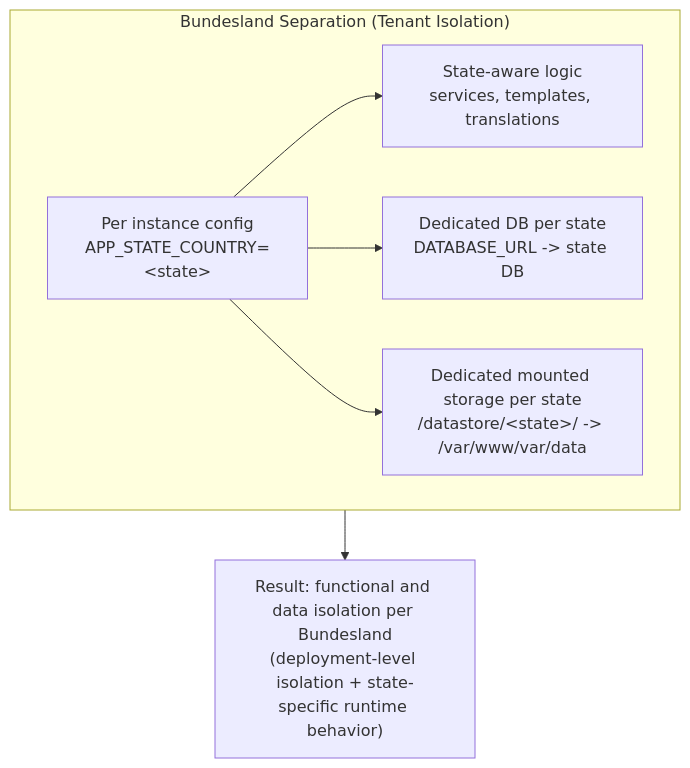
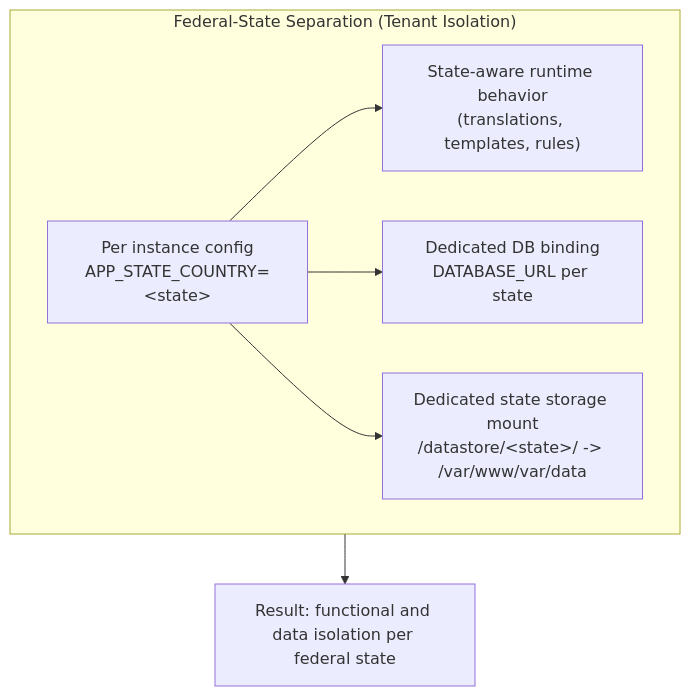
The second of 2 diagrams in README/ARCHITECTURE_OVERVIEW.md (helliwood/unser-schulessen), drawn with Mermaid before and after one commit. The commit also changed other lines of this file and 229 other files, not shown here.

````diff
--- a/README/ARCHITECTURE_OVERVIEW.md
+++ b/README/ARCHITECTURE_OVERVIEW.md
@@ -77,17 +76,17 @@
 ```mermaid
 flowchart TB
-    subgraph separation["Bundesland Separation (Tenant Isolation)"]
+    subgraph separation["Federal-State Separation (Tenant Isolation)"]
         direction LR
         cfg["Per instance config<br/>APP_STATE_COUNTRY=&lt;state&gt;"]
-        code["State-aware logic<br/>services, templates, translations"]
-        data["Dedicated DB per state<br/>DATABASE_URL -> state DB"]
-        files["Dedicated mounted storage per state<br/>/datastore/&lt;state&gt;/ -> /var/www/var/data"]
+        code["State-aware runtime behavior<br/>(translations, templates, rules)"]
+        data["Dedicated DB binding<br/>DATABASE_URL per state"]
+        files["Dedicated state storage mount<br/>/datastore/&lt;state&gt;/ -> /var/www/var/data"]
 
         cfg --> code
         cfg --> data
         cfg --> files
     end
 
-    note["Result: functional and data isolation per Bundesland<br/>(deployment-level isolation + state-specific runtime behavior)"]
+    note["Result: functional and data isolation per federal state"]
     separation --> note
 ```
````
